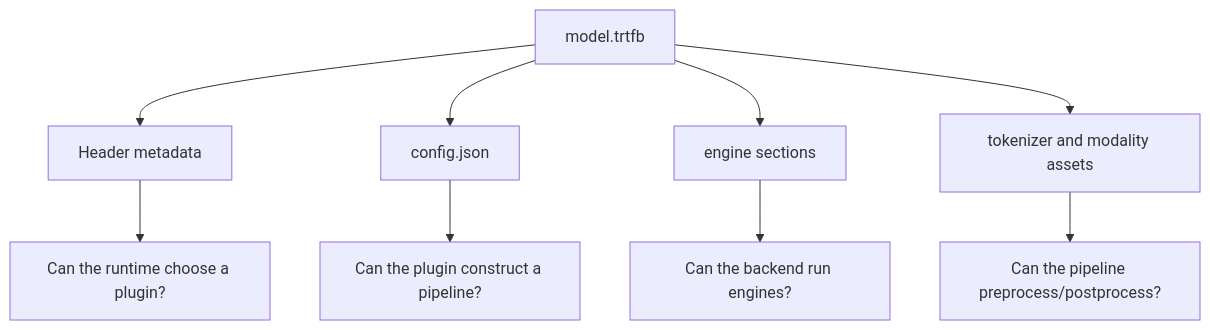
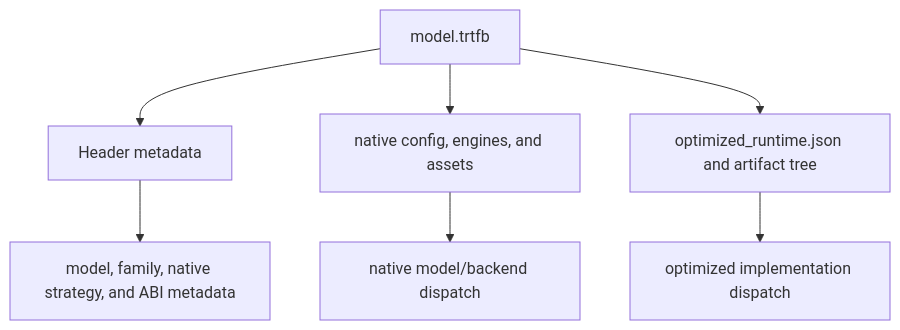
One commit to AbishekCoder1/TensorRT-Model-Connect changed the first of 2 diagrams in website/docs/tutorials/beginner/inspect-bundles.md. Above: the diagram before and after it, drawn with Mermaid. The commit also changed other lines of this file and 83 other files, not shown here.

````diff
--- a/website/docs/tutorials/beginner/inspect-bundles.md
+++ b/website/docs/tutorials/beginner/inspect-bundles.md
@@ -26,11 +26,9 @@
 ```mermaid
 flowchart TD
   Bundle["model.trtfb"] --> Header["Header metadata"]
-  Bundle --> Config["config.json"]
-  Bundle --> Engines["engine sections"]
-  Bundle --> Assets["tokenizer and modality assets"]
-  Header --> Decision["Can the runtime choose a plugin?"]
-  Config --> Construction["Can the plugin construct a pipeline?"]
-  Engines --> Execution["Can the backend run engines?"]
-  Assets --> PrePost["Can the pipeline preprocess/postprocess?"]
+  Bundle --> Native["native config, engines, and assets"]
+  Bundle --> Optimized["optimized_runtime.json and artifact tree"]
+  Header --> Identity["model, family, native strategy, and ABI metadata"]
+  Native --> NativeExecution["native model/backend dispatch"]
+  Optimized --> OptimizedExecution["optimized implementation dispatch"]
 ```
````
